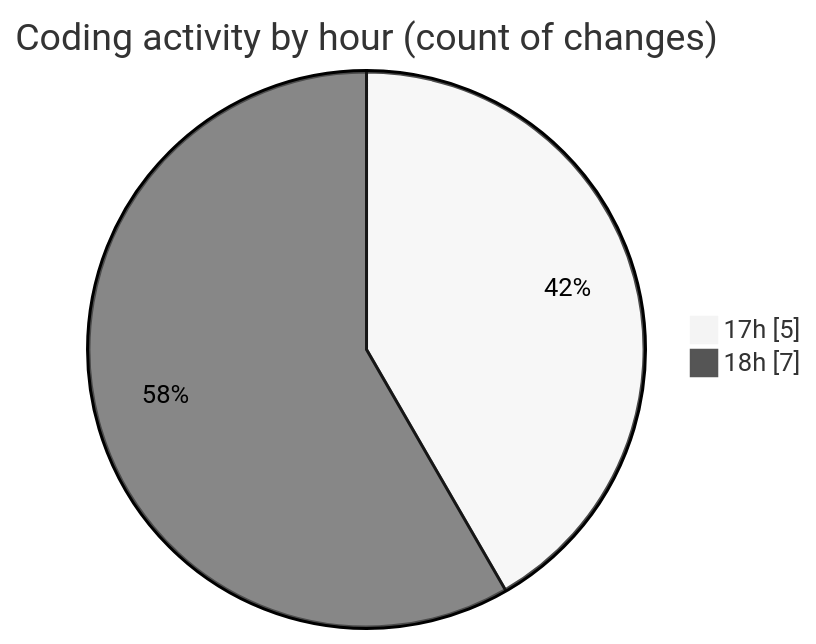
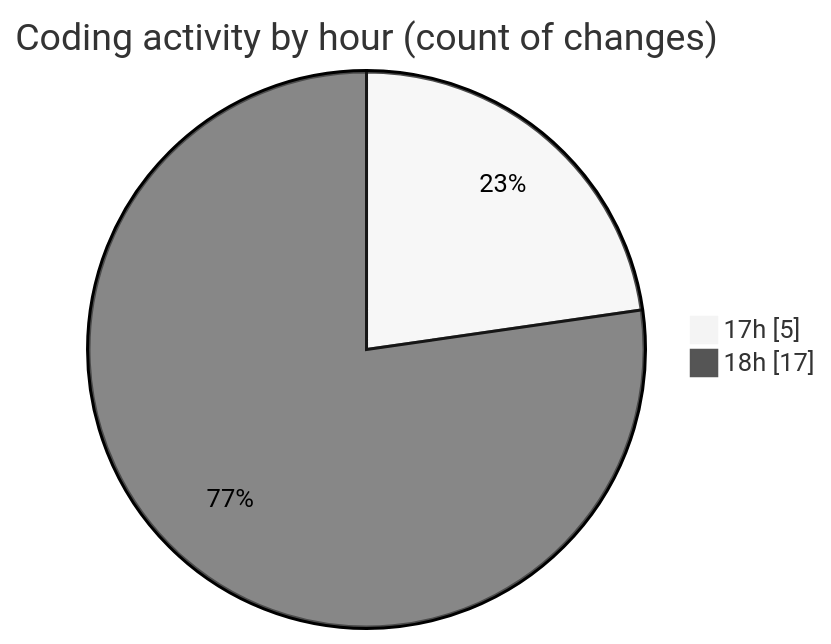
Before and after one commit to Unknowalive/code-tracking: the second of 2 diagrams in 2026-09-01/immersive_codes/README.md, drawn with Mermaid (neutral theme). The commit also changed other lines of this file and 1 other file, not shown here.

````diff
--- a/2026-09-01/immersive_codes/README.md
+++ b/2026-09-01/immersive_codes/README.md
@@ -28,6 +28,6 @@
 ```mermaid
 pie showData
 title Coding activity by hour (count of changes)
 "17h" : 5
-"18h" : 7
+"18h" : 17
 ```
````
